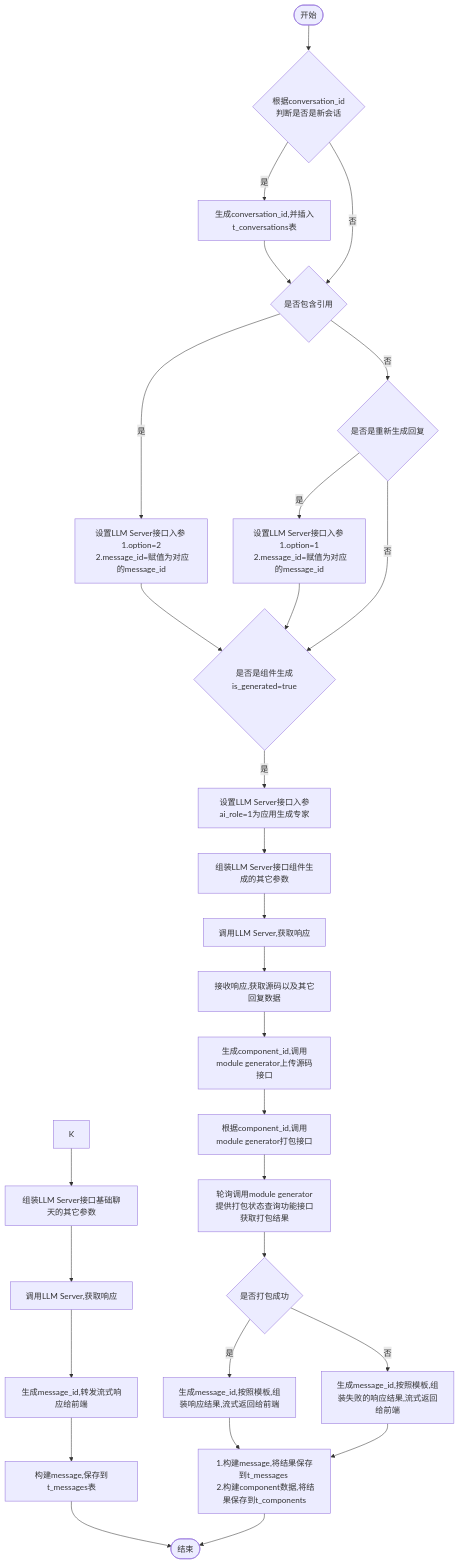
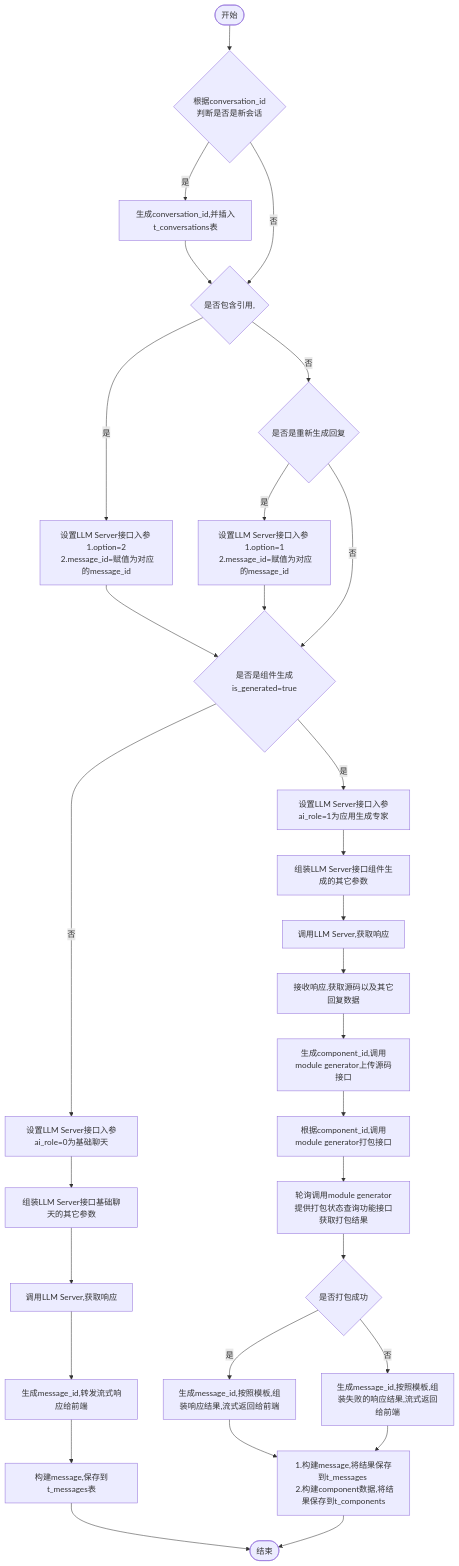
Before and after one commit to yingjianzh/iodraw-files: the diagram in all/w3-会话-不需要传递message.md, drawn with Mermaid.

Commit message:
2024-10-14 11:34:30 update

````diff
--- a/all/w3-会话-不需要传递message.md
+++ b/all/w3-会话-不需要传递message.md
@@ -1,36 +1,36 @@
 ```mermaid
 flowchart TD
     A([开始]) --> B{根据conversation_id \n 判断是否是新会话}
     B -- 是 --> C[生成conversation_id,并插入t_conversations表]
     C --> D
-    B -- 否 --> D{是否包含引用}
+    B -- 否 --> D{是否包含引用,}
     D -- 是 --> E[设置LLM Server接口入参 \n 1.option=2 \n 2.message_id=赋值为对应的message_id]
     D -- 否 --> F{是否是重新生成回复}
     F -- 是 --> G[设置LLM Server接口入参 \n 1.option=1 \n 2.message_id=赋值为对应的message_id]
     F -- 否 --> I
      
     E & G --> I{是否是组件生成is_generated=true}
+    I -- 否 --> K[设置LLM Server接口入参ai_role=0为基础聊天]
     I -- 是 --> J[设置LLM Server接口入参ai_role=1为应用生成专家]
     
-
 
     J --> L[组装LLM Server接口组件生成的其它参数]    
     K --> M[组装LLM Server接口基础聊天的其它参数]    
     M --> N[调用LLM Server,获取响应]    
     N --> O[生成message_id,转发流式响应给前端]
     O --> P[构建message,保存到t_messages表]
     P --> R([结束])
 
 
     L --> S[调用LLM Server,获取响应]
     S --> T[接收响应,获取源码以及其它回复数据]
     T --> U[生成component_id,调用module generator上传源码接口]
     U --> V[根据component_id,调用module generator打包接口]
     V --> W[轮询调用module generator提供打包状态查询功能接口获取打包结果]
     W --> X{是否打包成功}
     X -- 是 --> Y[生成message_id,按照模板,组装响应结果,流式返回给前端]
     X -- 否 --> Z[生成message_id,按照模板,组装失败的响应结果,流式返回给前端]
 
     Y & Z --> Result[1.构建message,将结果保存到t_messages \n 2.构建component数据,将结果保存到t_components]
     Result --> R
 ```
````
